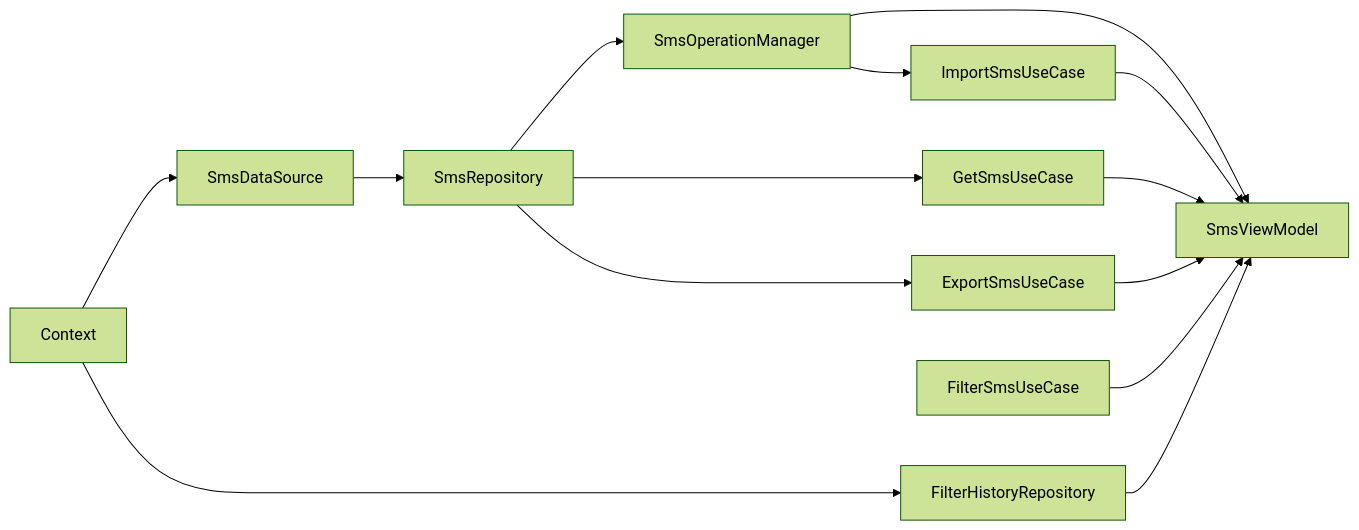
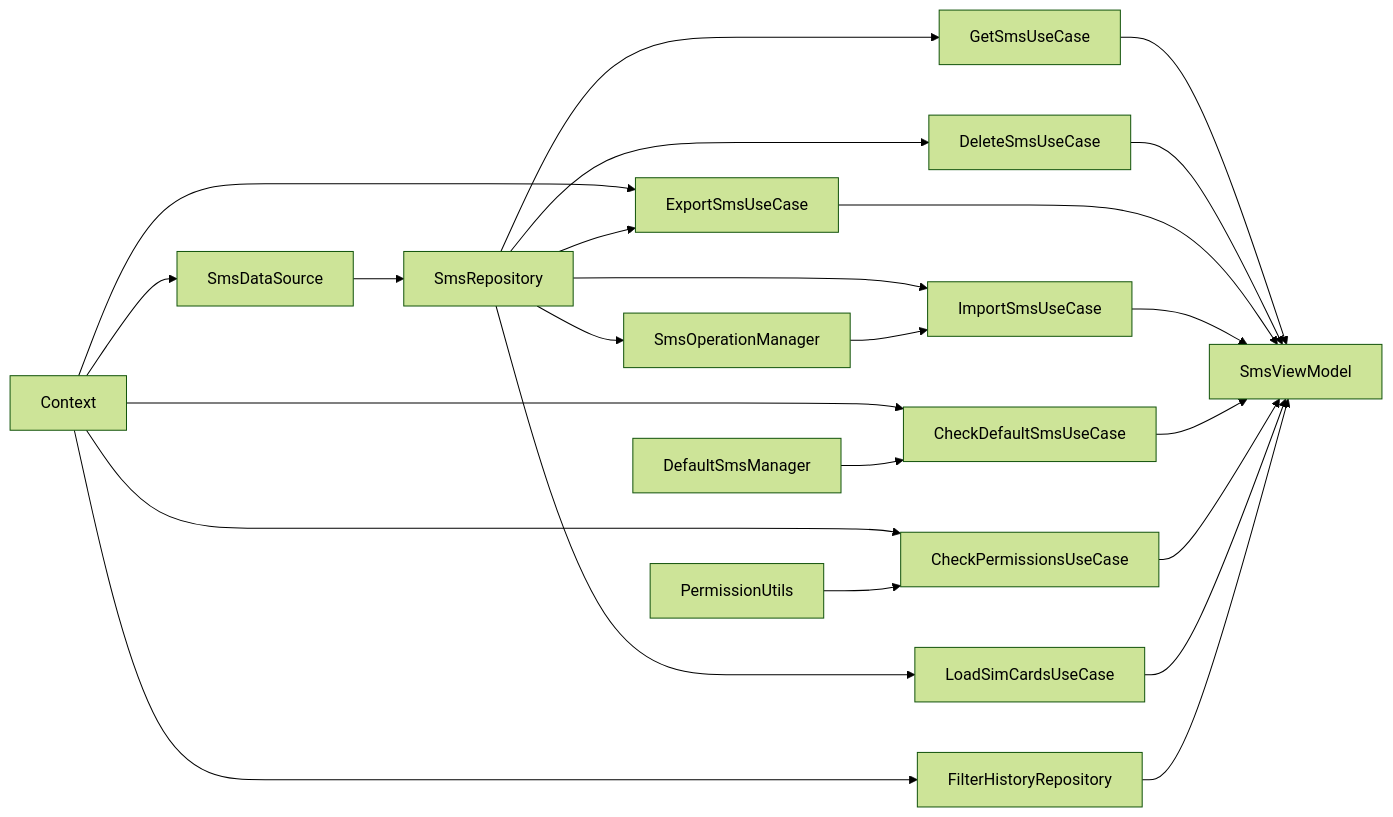
One commit to yuameshi/sms-cleaner changed the fourth of 4 diagrams in docs/ARCHITECTURE.md. Above: the diagram before and after it, drawn with Mermaid (forest theme). The commit also changed other lines of this file and 1 other file, not shown here.

First line of the commit message:
chore: final cleanup and architecture documentation update

````diff
--- a/docs/ARCHITECTURE.md
+++ b/docs/ARCHITECTURE.md
@@ -229,19 +245,30 @@
 ```mermaid
 graph LR
     Context[Context] --> SmsDataSource
     Context --> FilterHistoryRepository
+    Context --> CheckDefaultSmsUseCase
+    Context --> CheckPermissionsUseCase
+    Context --> ExportSmsUseCase
     
     SmsDataSource --> SmsRepository
     SmsRepository --> SmsOperationManager
     SmsRepository --> GetSmsUseCase
+    SmsRepository --> DeleteSmsUseCase
     SmsRepository --> ExportSmsUseCase
+    SmsRepository --> ImportSmsUseCase
+    SmsRepository --> LoadSimCardsUseCase
     
-    SmsOperationManager --> SmsViewModel
     SmsOperationManager --> ImportSmsUseCase
     
     GetSmsUseCase --> SmsViewModel
-    FilterSmsUseCase --> SmsViewModel
+    DeleteSmsUseCase --> SmsViewModel
     ExportSmsUseCase --> SmsViewModel
     ImportSmsUseCase --> SmsViewModel
+    CheckDefaultSmsUseCase --> SmsViewModel
+    CheckPermissionsUseCase --> SmsViewModel
+    LoadSimCardsUseCase --> SmsViewModel
     FilterHistoryRepository --> SmsViewModel
+    
+    DefaultSmsManager --> CheckDefaultSmsUseCase
+    PermissionUtils --> CheckPermissionsUseCase
 ```
````
